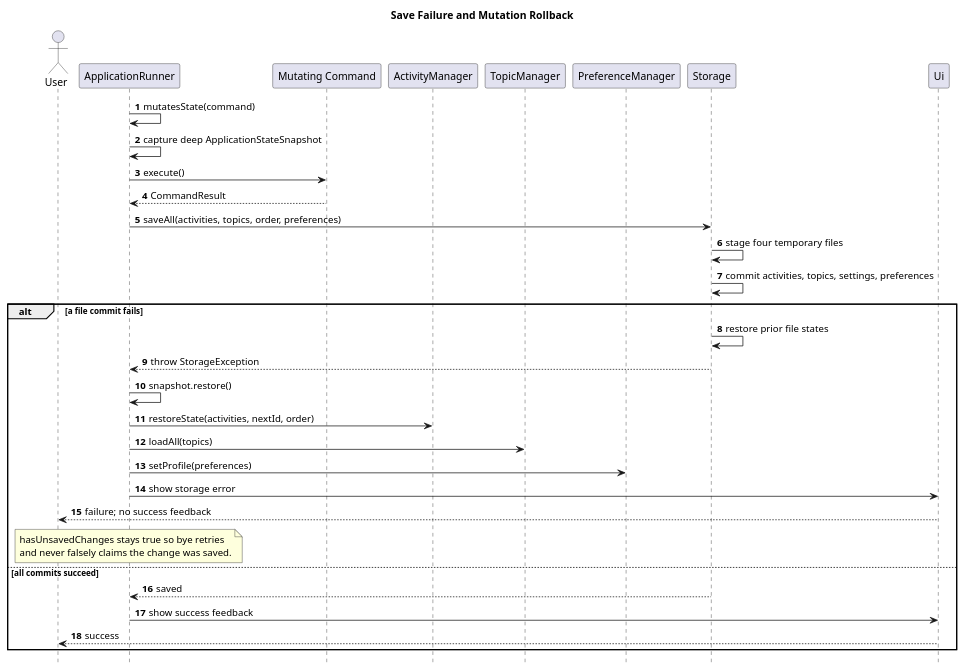
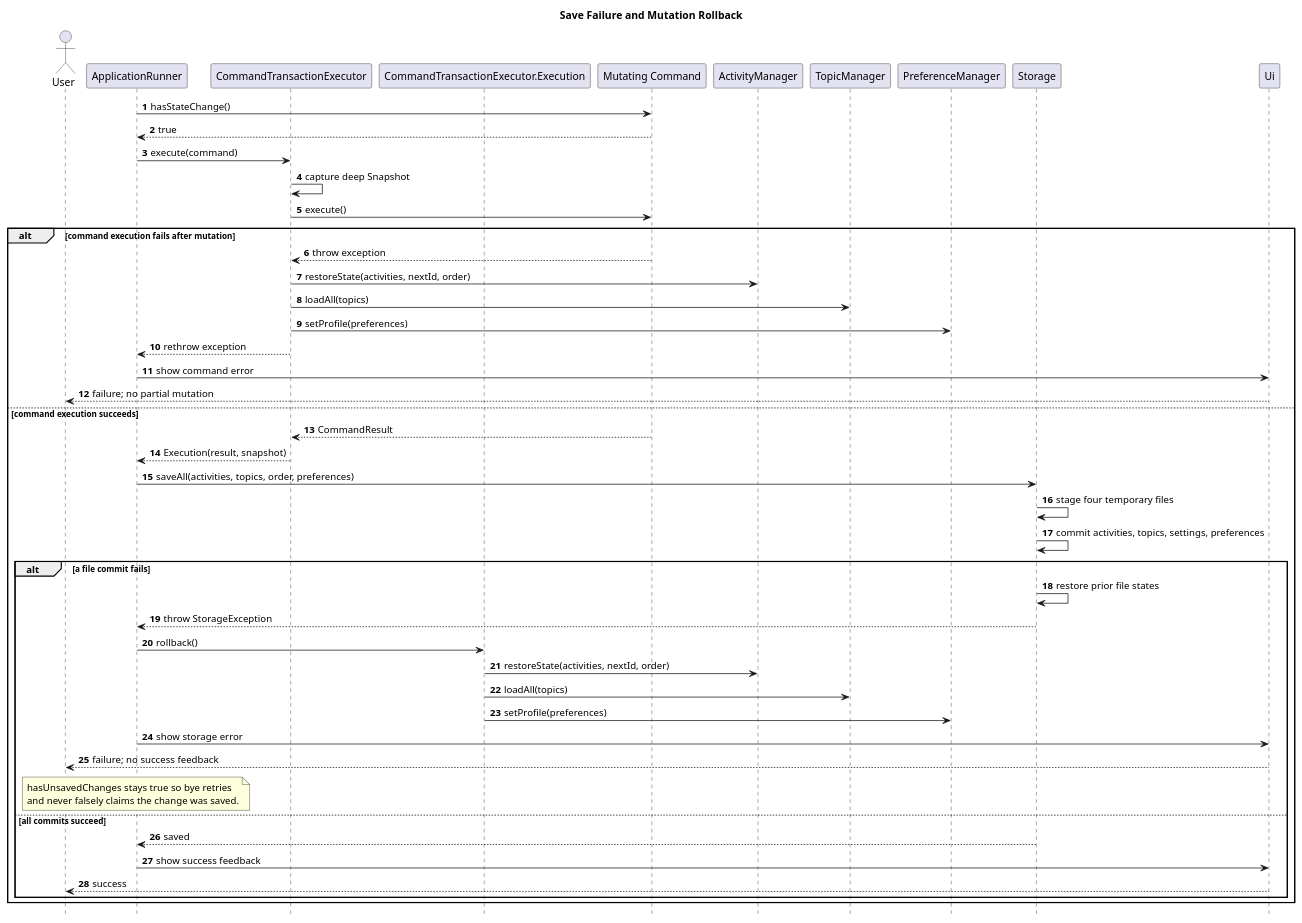
One commit to lukelouyu/SelfTeamProject changed the diagram in docs/diagrams/sequence/MutationRollbackSequence.puml. Above: the diagram before and after it, drawn with PlantUML. The commit also changed 84 other files, not shown here.

```diff
--- a/docs/diagrams/sequence/MutationRollbackSequence.puml
+++ b/docs/diagrams/sequence/MutationRollbackSequence.puml
@@ -1,43 +1,58 @@
 @startuml
 title Save Failure and Mutation Rollback
 
 skinparam shadowing false
 hide footbox
 autonumber
 
 actor User
 participant ApplicationRunner as Runner
+participant CommandTransactionExecutor as Transaction
+participant "CommandTransactionExecutor.Execution" as Execution
 participant "Mutating Command" as Command
 participant ActivityManager
 participant TopicManager
 participant PreferenceManager
 participant Storage
 participant Ui
 
-Runner -> Runner : mutatesState(command)
-Runner -> Runner : capture deep ApplicationStateSnapshot
-Runner -> Command : execute()
-Command --> Runner : CommandResult
-Runner -> Storage : saveAll(activities, topics, order, preferences)
-Storage -> Storage : stage four temporary files
-Storage -> Storage : commit activities, topics, settings, preferences
-alt a file commit fails
-  Storage -> Storage : restore prior file states
-  Storage --> Runner : throw StorageException
-  Runner -> Runner : snapshot.restore()
-  Runner -> ActivityManager : restoreState(activities, nextId, order)
-  Runner -> TopicManager : loadAll(topics)
-  Runner -> PreferenceManager : setProfile(preferences)
-  Runner -> Ui : show storage error
-  Ui --> User : failure; no success feedback
-  note over Runner
-    hasUnsavedChanges stays true so bye retries
-    and never falsely claims the change was saved.
-  end note
-else all commits succeed
-  Storage --> Runner : saved
-  Runner -> Ui : show success feedback
-  Ui --> User : success
+Runner -> Command : hasStateChange()
+Command --> Runner : true
+Runner -> Transaction : execute(command)
+Transaction -> Transaction : capture deep Snapshot
+Transaction -> Command : execute()
+alt command execution fails after mutation
+  Command --> Transaction : throw exception
+  Transaction -> ActivityManager : restoreState(activities, nextId, order)
+  Transaction -> TopicManager : loadAll(topics)
+  Transaction -> PreferenceManager : setProfile(preferences)
+  Transaction --> Runner : rethrow exception
+  Runner -> Ui : show command error
+  Ui --> User : failure; no partial mutation
+else command execution succeeds
+  Command --> Transaction : CommandResult
+  Transaction --> Runner : Execution(result, snapshot)
+  Runner -> Storage : saveAll(activities, topics, order, preferences)
+  Storage -> Storage : stage four temporary files
+  Storage -> Storage : commit activities, topics, settings, preferences
+  alt a file commit fails
+    Storage -> Storage : restore prior file states
+    Storage --> Runner : throw StorageException
+    Runner -> Execution : rollback()
+    Execution -> ActivityManager : restoreState(activities, nextId, order)
+    Execution -> TopicManager : loadAll(topics)
+    Execution -> PreferenceManager : setProfile(preferences)
+    Runner -> Ui : show storage error
+    Ui --> User : failure; no success feedback
+    note over Runner
+      hasUnsavedChanges stays true so bye retries
+      and never falsely claims the change was saved.
+    end note
+  else all commits succeed
+    Storage --> Runner : saved
+    Runner -> Ui : show success feedback
+    Ui --> User : success
+  end
 end
 
 @enduml
```
